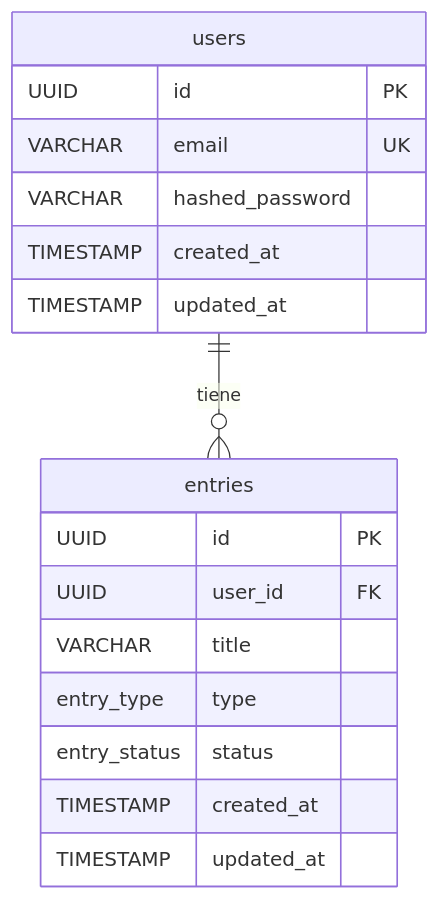
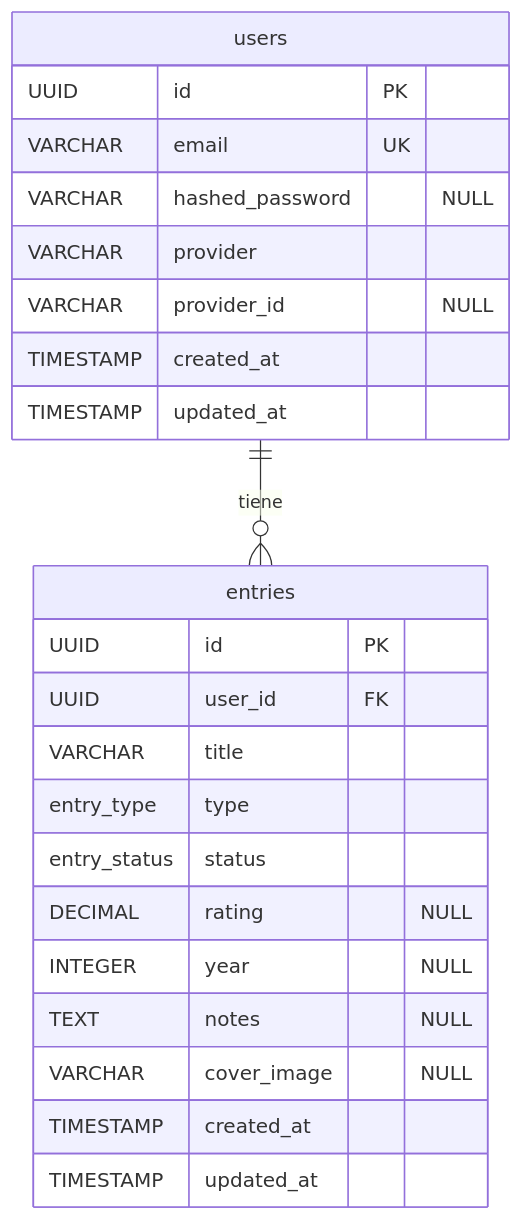
One commit to marmedsan6/GlyphLog changed the diagram in docs/architecture/database.md. Above: the diagram before and after it, drawn with Mermaid. The commit also changed other lines of this file and 41 other files, not shown here.

````diff
--- a/docs/architecture/database.md
+++ b/docs/architecture/database.md
@@ -15,22 +15,28 @@
 ```mermaid
 erDiagram
     users {
         UUID id PK
         VARCHAR email UK
-        VARCHAR hashed_password
+        VARCHAR hashed_password "NULL"
+        VARCHAR provider
+        VARCHAR provider_id "NULL"
         TIMESTAMP created_at
         TIMESTAMP updated_at
     }
 
     entries {
         UUID id PK
         UUID user_id FK
         VARCHAR title
         entry_type type
         entry_status status
+        DECIMAL rating "NULL"
+        INTEGER year "NULL"
+        TEXT notes "NULL"
+        VARCHAR cover_image "NULL"
         TIMESTAMP created_at
         TIMESTAMP updated_at
     }
 
     users ||--o{ entries : "tiene"
 ```
````
